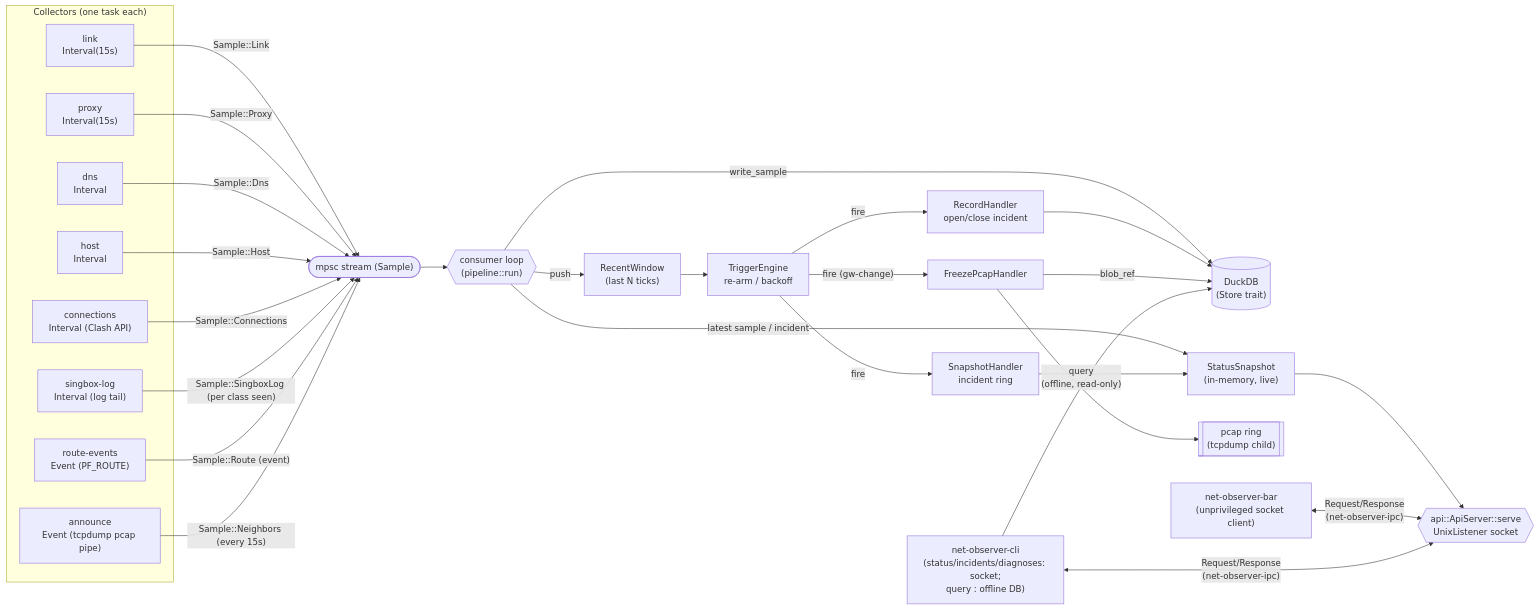
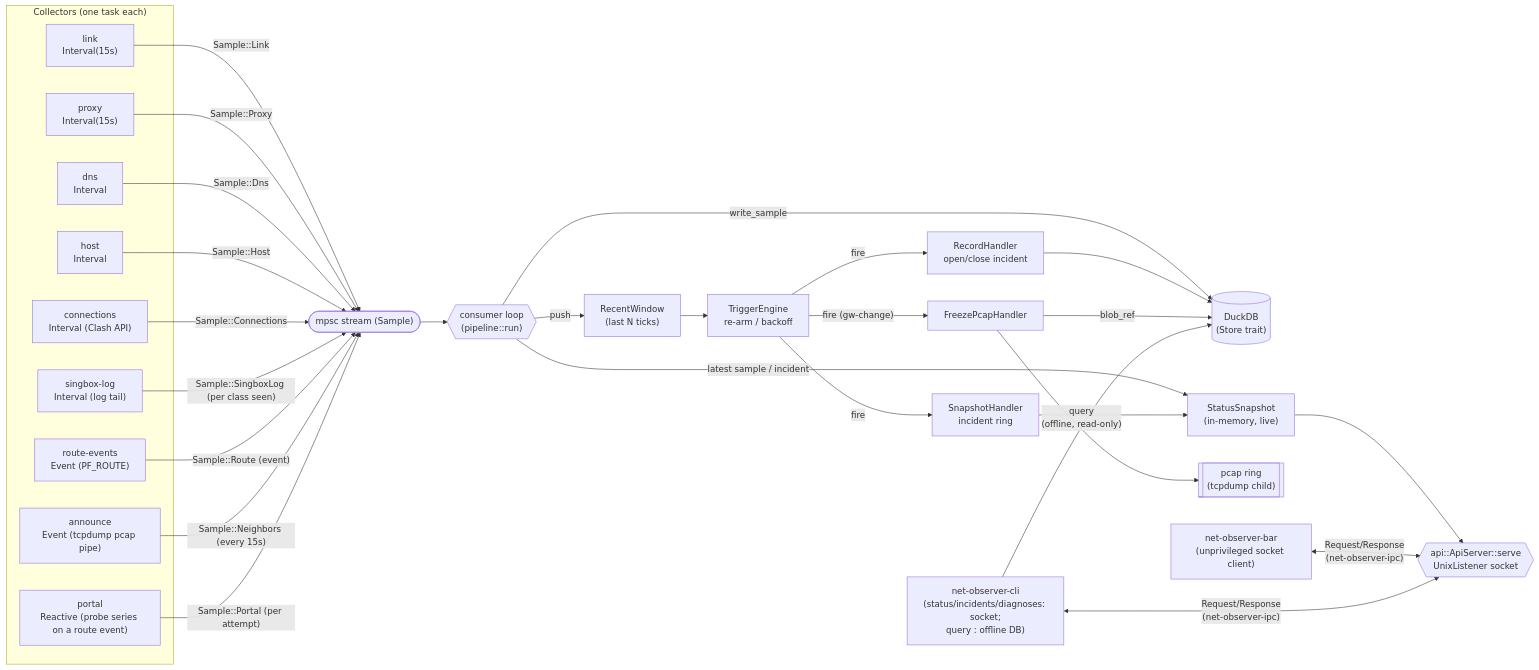
The first of 4 diagrams in ARCHITECTURE.md (gurinderu/net-observer), drawn with Mermaid before and after one commit. The commit also changed other lines of this file and 31 other files, not shown here.

````diff
--- a/ARCHITECTURE.md
+++ b/ARCHITECTURE.md
@@ -37,42 +37,44 @@
 ```mermaid
 flowchart LR
     subgraph collectors["Collectors (one task each)"]
         link["link\nInterval(15s)"]
         proxy["proxy\nInterval(15s)"]
         dns["dns\nInterval"]
         host["host\nInterval"]
         conns["connections\nInterval (Clash API)"]
         sblog["singbox-log\nInterval (log tail)"]
         evt["route-events\nEvent (PF_ROUTE)"]
         announce["announce\nEvent (tcpdump pcap pipe)"]
+        portal["portal\nReactive (probe series on a route event)"]
     end
 
     link -- "Sample::Link" --> stream
     proxy -- "Sample::Proxy" --> stream
     dns -- "Sample::Dns" --> stream
     host -- "Sample::Host" --> stream
     conns -- "Sample::Connections" --> stream
     sblog -- "Sample::SingboxLog (per class seen)" --> stream
     evt -- "Sample::Route (event)" --> stream
     announce -- "Sample::Neighbors (every 15s)" --> stream
+    portal -- "Sample::Portal (per attempt)" --> stream
 
     stream(["mpsc stream (Sample)"]) --> consumer{{"consumer loop\n(pipeline::run)"}}
 
     consumer -->|write_sample| store[("DuckDB\n(Store trait)")]
     consumer -->|"latest sample / incident"| snap["StatusSnapshot\n(in-memory, live)"]
     consumer -->|push| window["RecentWindow\n(last N ticks)"]
     window --> engine["TriggerEngine\nre-arm / backoff"]
 
     engine -->|fire| record["RecordHandler\nopen/close incident"]
     engine -->|fire| snaph["SnapshotHandler\nincident ring"]
     engine -->|"fire (gw-change)"| freeze["FreezePcapHandler"]
     record --> store
     snaph --> snap
     freeze --> ring[["pcap ring\n(tcpdump child)"]]
     freeze -->|blob_ref| store
 
     snap --> apisrv{{"api::ApiServer::serve\nUnixListener socket"}}
     bar["net-observer-bar\n(unprivileged socket client)"] <-->|"Request/Response\n(net-observer-ipc)"| apisrv
     cli["net-observer-cli\n(status/incidents/diagnoses: socket;\nquery <SQL>: offline DB)"] <-->|"Request/Response\n(net-observer-ipc)"| apisrv
     cli -->|"query <SQL>\n(offline, read-only)"| store
 ```
````
